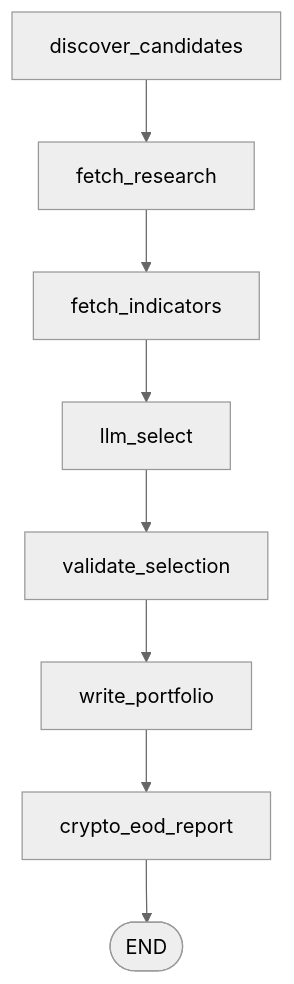
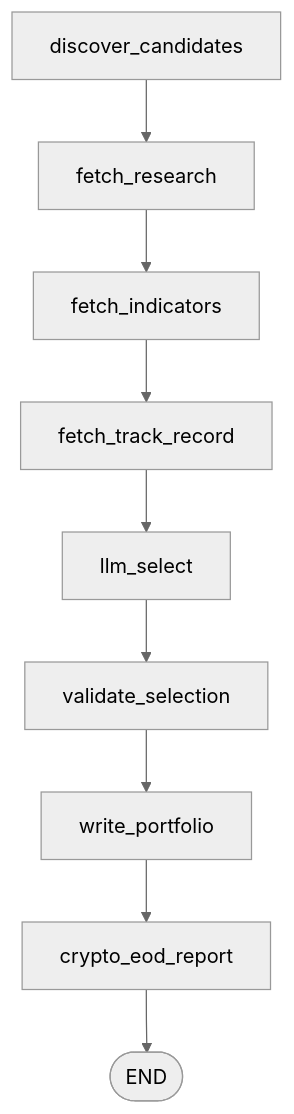
The first of 2 diagrams in docs/architecture.md (miramar-labs-org/multi-agent-ai-trader), drawn with Mermaid (neutral theme) before and after one commit. The commit also changed other lines of this file and 4 other files, not shown here.

````diff
--- a/docs/architecture.md
+++ b/docs/architecture.md
@@ -114,10 +116,11 @@
 ```mermaid
 flowchart TD
     A[discover_candidates] --> B[fetch_research]
     B --> C[fetch_indicators]
-    C --> D[llm_select]
+    C --> C2[fetch_track_record]
+    C2 --> D[llm_select]
     D --> E[validate_selection]
     E --> F[write_portfolio]
     F --> G[crypto_eod_report]
     G --> H([END])
 ```
````
